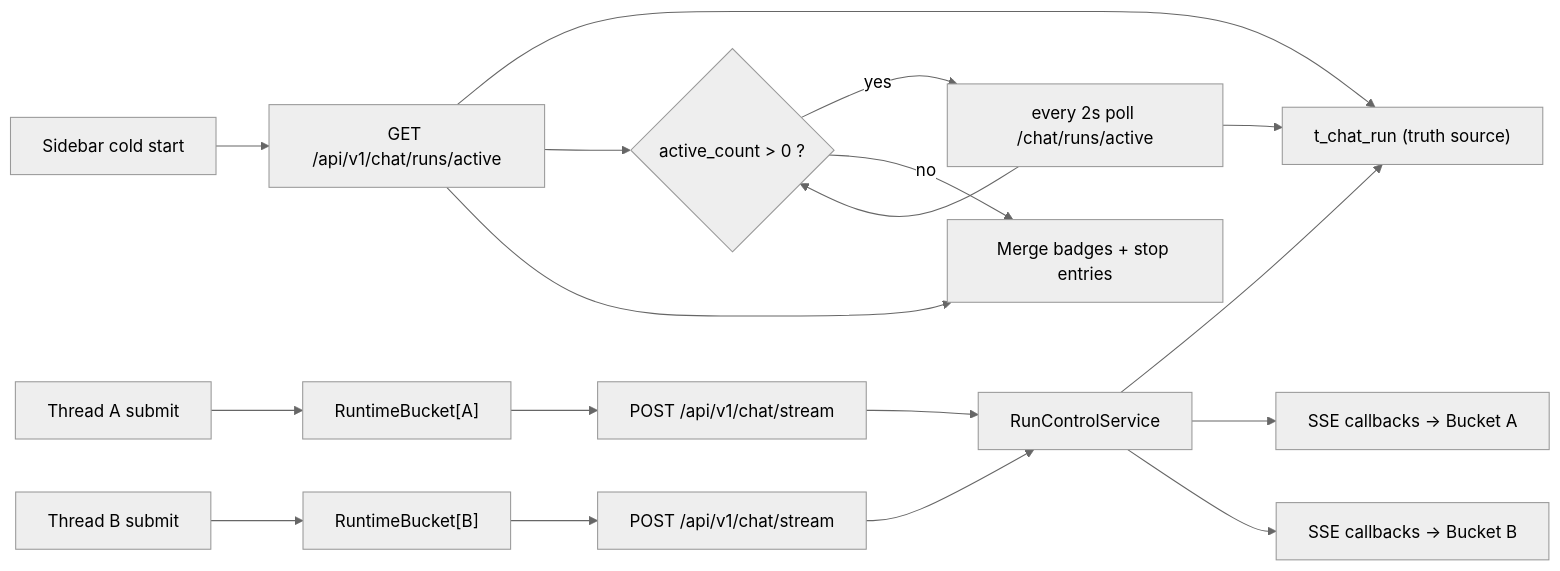
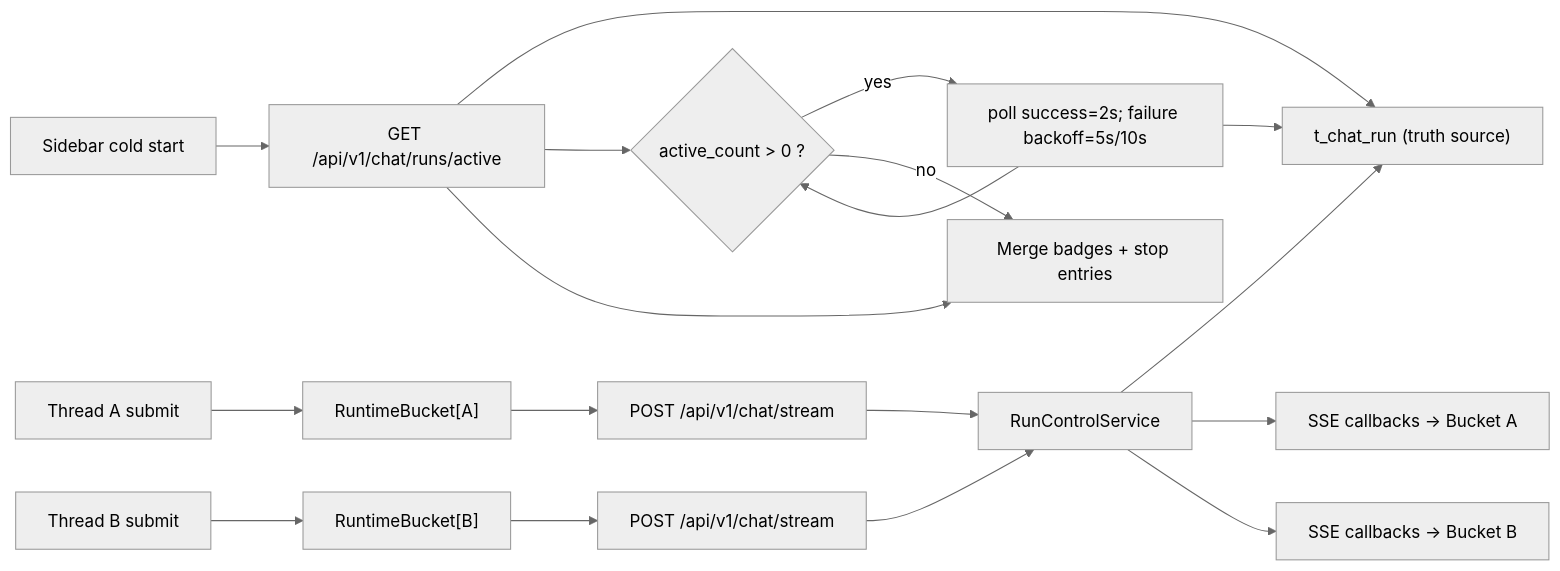
One commit to jijingkun-commits/fastapi changed the diagram in docs/plans/2026-03-06-chat-multi-session-concurrency-design.md. Above: the diagram before and after it, drawn with Mermaid (neutral theme). The commit also changed other lines of this file and 60 other files, not shown here.

````diff
--- a/docs/plans/2026-03-06-chat-multi-session-concurrency-design.md
+++ b/docs/plans/2026-03-06-chat-multi-session-concurrency-design.md
@@ -95,20 +97,20 @@
 ```mermaid
 flowchart LR
   A["Thread A submit"] --> FA["RuntimeBucket[A]"]
   B["Thread B submit"] --> FB["RuntimeBucket[B]"]
   FA --> API1["POST /api/v1/chat/stream"]
   FB --> API2["POST /api/v1/chat/stream"]
   API1 --> RC["RunControlService"]
   API2 --> RC
   RC --> DB["t_chat_run (truth source)"]
   RC --> SSEA["SSE callbacks -> Bucket A"]
   RC --> SSEB["SSE callbacks -> Bucket B"]
   INIT["Sidebar cold start"] --> AR["GET /api/v1/chat/runs/active"]
   AR --> DB
   AR --> DEC{"active_count > 0 ?"}
-  DEC -->|yes| POLL["every 2s poll /chat/runs/active"]
+  DEC -->|yes| POLL["poll success=2s; failure backoff=5s/10s"]
   DEC -->|no| UI["Merge badges + stop entries"]
   POLL --> DB
   POLL --> DEC
   AR --> UI["Merge badges + stop entries"]
 ```
````
